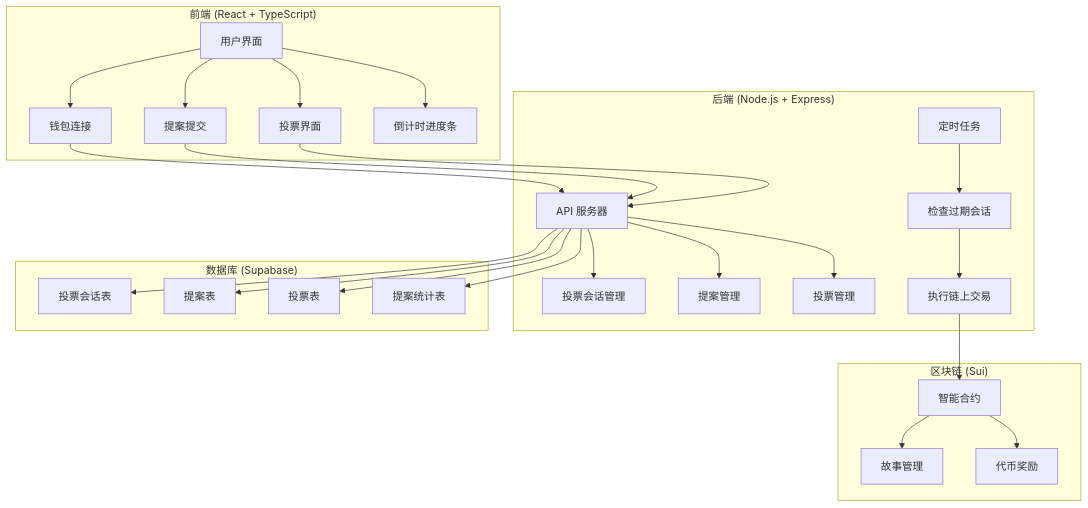
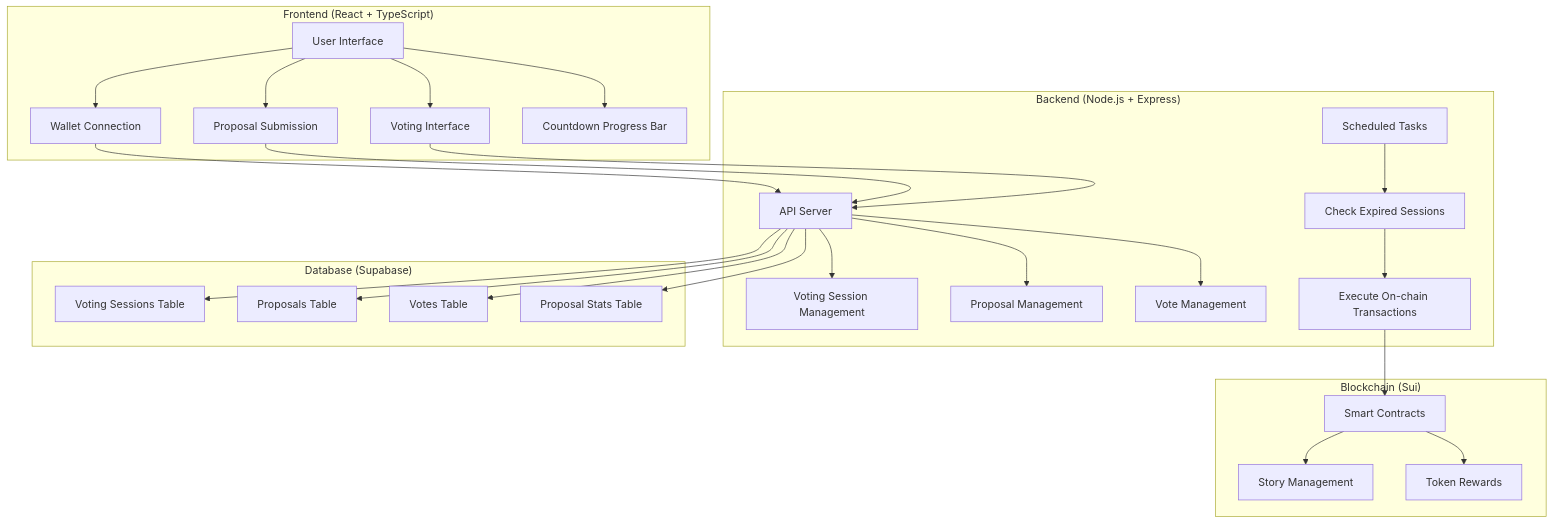
One commit to DudeGuuud/NarrFlow-Web3 changed the second of 2 diagrams in README.md. Above: the diagram before and after it, drawn with Mermaid. The commit also changed other lines of this file and 6 other files, not shown here.

````diff
--- a/README.md
+++ b/README.md
@@ -335,38 +265,38 @@
 ```mermaid
 graph TD
-    subgraph "前端 (React + TypeScript)"
-        A[用户界面] --> B[钱包连接]
-        A --> C[提案提交]
-        A --> D[投票界面]
-        A --> E[倒计时进度条]
+    subgraph "Frontend (React + TypeScript)"
+        A[User Interface] --> B[Wallet Connection]
+        A --> C[Proposal Submission]
+        A --> D[Voting Interface]
+        A --> E[Countdown Progress Bar]
     end
 
-    subgraph "后端 (Node.js + Express)"
-        F[API 服务器] --> G[投票会话管理]
-        F --> H[提案管理]
-        F --> I[投票管理]
-        J[定时任务] --> K[检查过期会话]
-        K --> L[执行链上交易]
+    subgraph "Backend (Node.js + Express)"
+        F[API Server] --> G[Voting Session Management]
+        F --> H[Proposal Management]
+        F --> I[Vote Management]
+        J[Scheduled Tasks] --> K[Check Expired Sessions]
+        K --> L[Execute On-chain Transactions]
     end
 
-    subgraph "数据库 (Supabase)"
-        M[投票会话表]
-        N[提案表]
-        O[投票表]
-        P[提案统计表]
+    subgraph "Database (Supabase)"
+        M[Voting Sessions Table]
+        N[Proposals Table]
+        O[Votes Table]
+        P[Proposal Stats Table]
     end
 
-    subgraph "区块链 (Sui)"
-        Q[智能合约] --> R[故事管理]
-        Q --> S[代币奖励]
+    subgraph "Blockchain (Sui)"
+        Q[Smart Contracts] --> R[Story Management]
+        Q --> S[Token Rewards]
     end
 
     B --> F
     C --> F
     D --> F
     F --> M
     F --> N
     F --> O
     F --> P
     L --> Q
 ```
````
